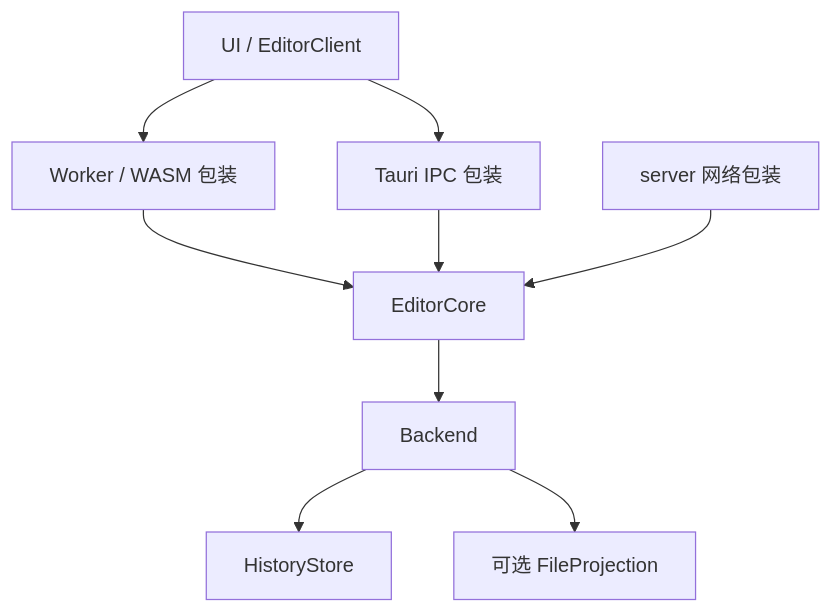
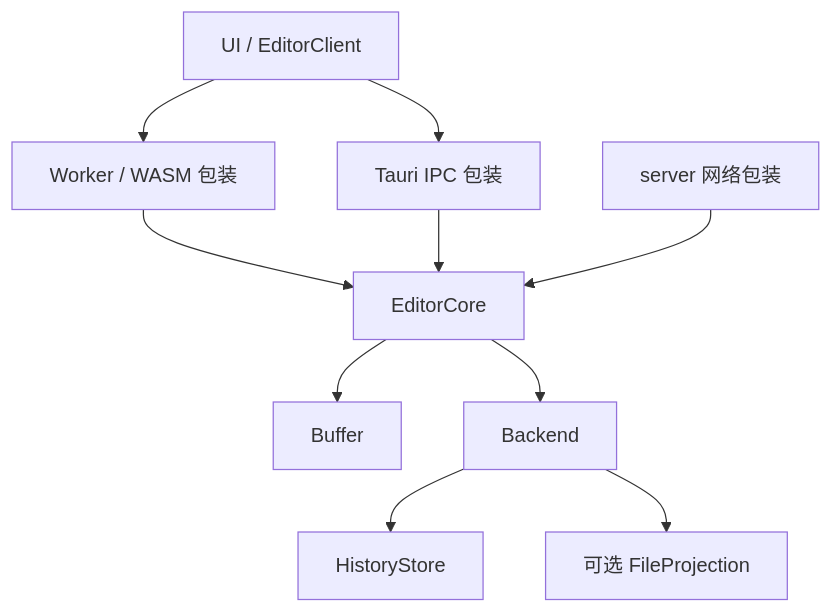
The first of 2 diagrams in docs/architecture.md (AzurIce/celestite), drawn with Mermaid before and after one commit. The commit also changed other lines of this file and 71 other files, not shown here.

````diff
--- a/docs/architecture.md
+++ b/docs/architecture.md
@@ -26,19 +26,21 @@
 ```mermaid
 flowchart TB
   UI[UI / EditorClient]
   W[Worker / WASM 包装]
   I[Tauri IPC 包装]
   S[server 网络包装]
   C[EditorCore]
+  D[Buffer]
   B[Backend]
   H[HistoryStore]
   F[可选 FileProjection]
   UI --> W
   UI --> I
   W --> C
   I --> C
   S --> C
+  C --> D
   C --> B
   B --> H
   B --> F
 ```
````
